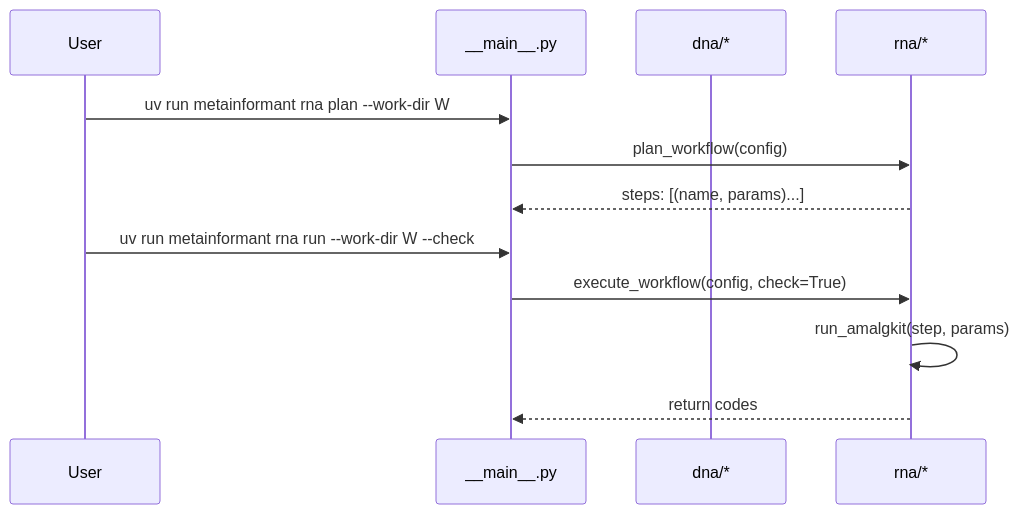
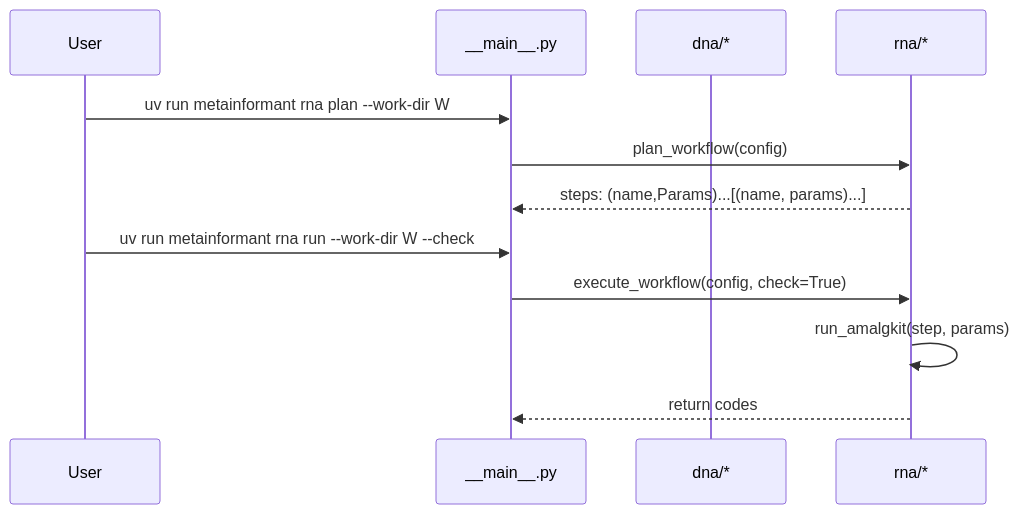
One commit to docxology/MetaInformAnt changed the diagram in docs/cli.md. Above: the diagram before and after it, drawn with Mermaid. The commit also changed 611 other files, not shown here.

````diff
--- a/docs/cli.md
+++ b/docs/cli.md
@@ -83,14 +83,14 @@
 ```mermaid
 sequenceDiagram
   participant U as User
   participant CLI as __main__.py
   participant DNA as dna/*
   participant RNA as rna/*
   U->>CLI: uv run metainformant rna plan --work-dir W
   CLI->>RNA: plan_workflow(config)
-  RNA-->>CLI: steps: [(name, params)...]
+  RNA-->>CLI: steps: (name,Params)...[(name, params)...]
   U->>CLI: uv run metainformant rna run --work-dir W --check
   CLI->>RNA: execute_workflow(config, check=True)
   RNA->>RNA: run_amalgkit(step, params)
   RNA-->>CLI: return codes
 ```
````
